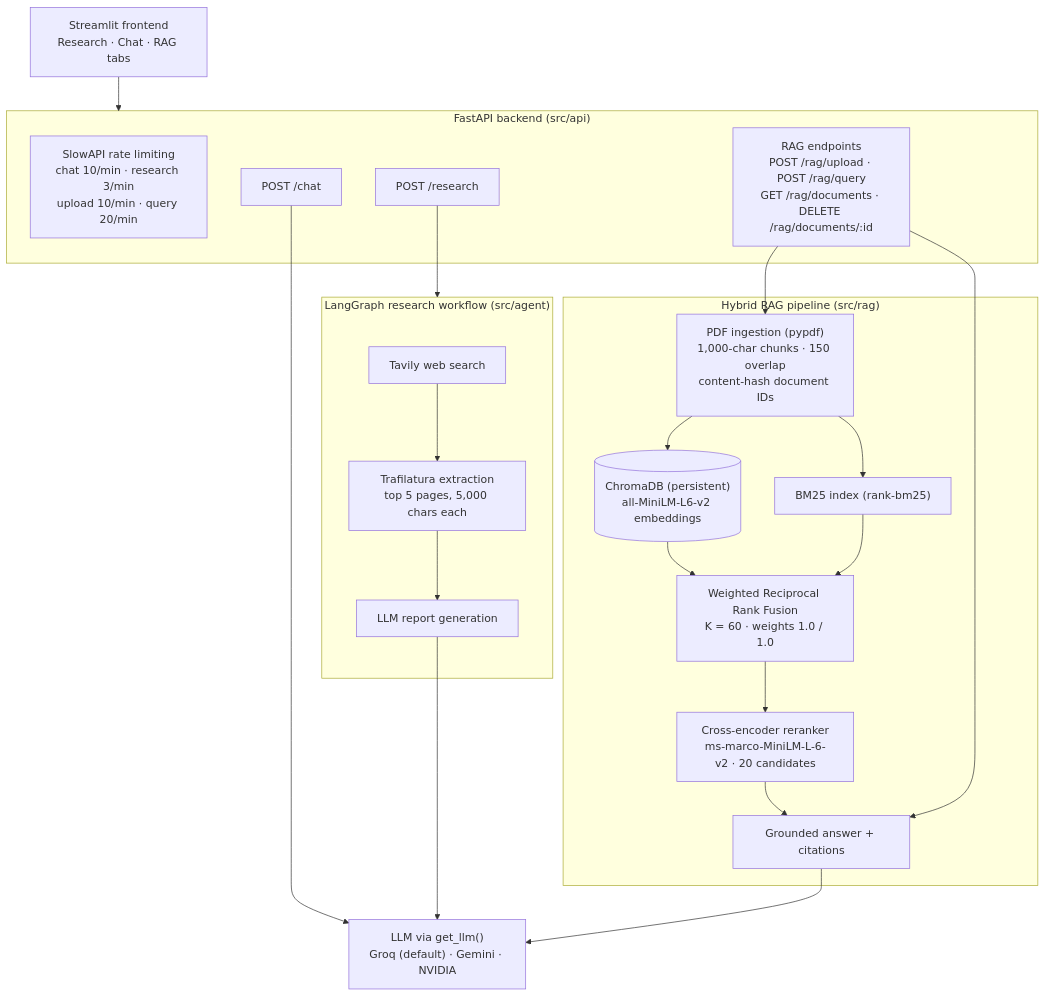
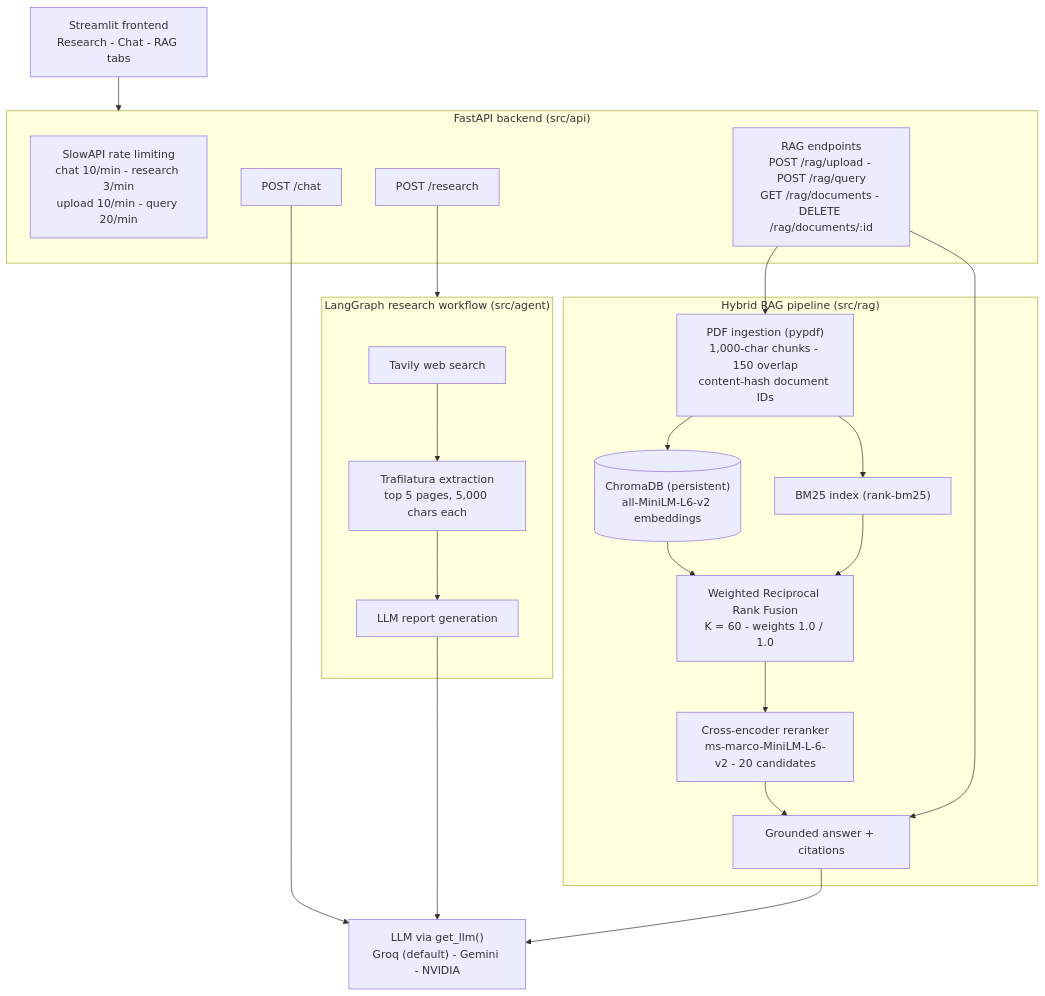
The diagram in README.md (akhileshr24/researchAi), drawn with Mermaid before and after one commit. The commit also changed other lines of this file, not shown here.

First line of the commit message:
docs: update README with project architecture, implementation details, and evaluation results

````diff
--- a/README.md
+++ b/README.md
@@ -29,42 +29,42 @@
 ```mermaid
 flowchart TB
-    UI["Streamlit frontend<br/>Research · Chat · RAG tabs"]
+    UI["Streamlit frontend<br/>Research - Chat - RAG tabs"]
 
     subgraph backend["FastAPI backend (src/api)"]
-        RL["SlowAPI rate limiting<br/>chat 10/min · research 3/min<br/>upload 10/min · query 20/min"]
+        RL["SlowAPI rate limiting<br/>chat 10/min - research 3/min<br/>upload 10/min - query 20/min"]
         CHAT["POST /chat"]
         RES["POST /research"]
-        RAG["RAG endpoints<br/>POST /rag/upload · POST /rag/query<br/>GET /rag/documents · DELETE /rag/documents/:id"]
+        RAG["RAG endpoints<br/>POST /rag/upload - POST /rag/query<br/>GET /rag/documents - DELETE /rag/documents/:id"]
     end
 
     subgraph research["LangGraph research workflow (src/agent)"]
         SEARCH["Tavily web search"] --> EXTRACT["Trafilatura extraction<br/>top 5 pages, 5,000 chars each"]
         EXTRACT --> REPORT["LLM report generation"]
     end
 
     subgraph rag["Hybrid RAG pipeline (src/rag)"]
-        INGEST["PDF ingestion (pypdf)<br/>1,000-char chunks · 150 overlap<br/>content-hash document IDs"]
+        INGEST["PDF ingestion (pypdf)<br/>1,000-char chunks - 150 overlap<br/>content-hash document IDs"]
         VDB[("ChromaDB (persistent)<br/>all-MiniLM-L6-v2 embeddings")]
         BM25["BM25 index (rank-bm25)"]
-        FUSION["Weighted Reciprocal Rank Fusion<br/>K = 60 · weights 1.0 / 1.0"]
-        RERANK["Cross-encoder reranker<br/>ms-marco-MiniLM-L-6-v2 · 20 candidates"]
+        FUSION["Weighted Reciprocal Rank Fusion<br/>K = 60 - weights 1.0 / 1.0"]
+        RERANK["Cross-encoder reranker<br/>ms-marco-MiniLM-L-6-v2 - 20 candidates"]
         ANSWER["Grounded answer + citations"]
 
         INGEST --> VDB
         INGEST --> BM25
         VDB --> FUSION
         BM25 --> FUSION
         FUSION --> RERANK
         RERANK --> ANSWER
     end
 
-    LLM["LLM via get_llm()<br/>Groq (default) · Gemini · NVIDIA"]
+    LLM["LLM via get_llm()<br/>Groq (default) - Gemini - NVIDIA"]
 
     UI --> backend
     CHAT --> LLM
     RES --> research
     REPORT --> LLM
     RAG --> INGEST
     RAG --> ANSWER
     ANSWER --> LLM
 ```
````
